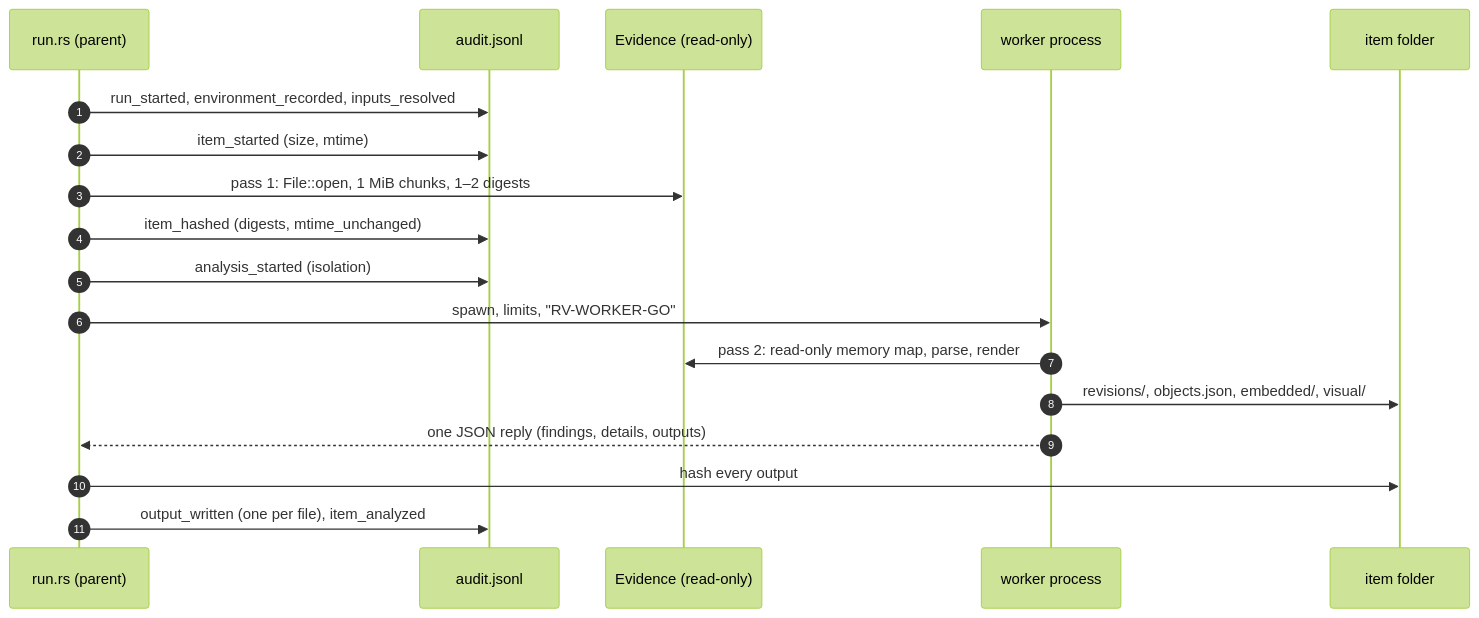
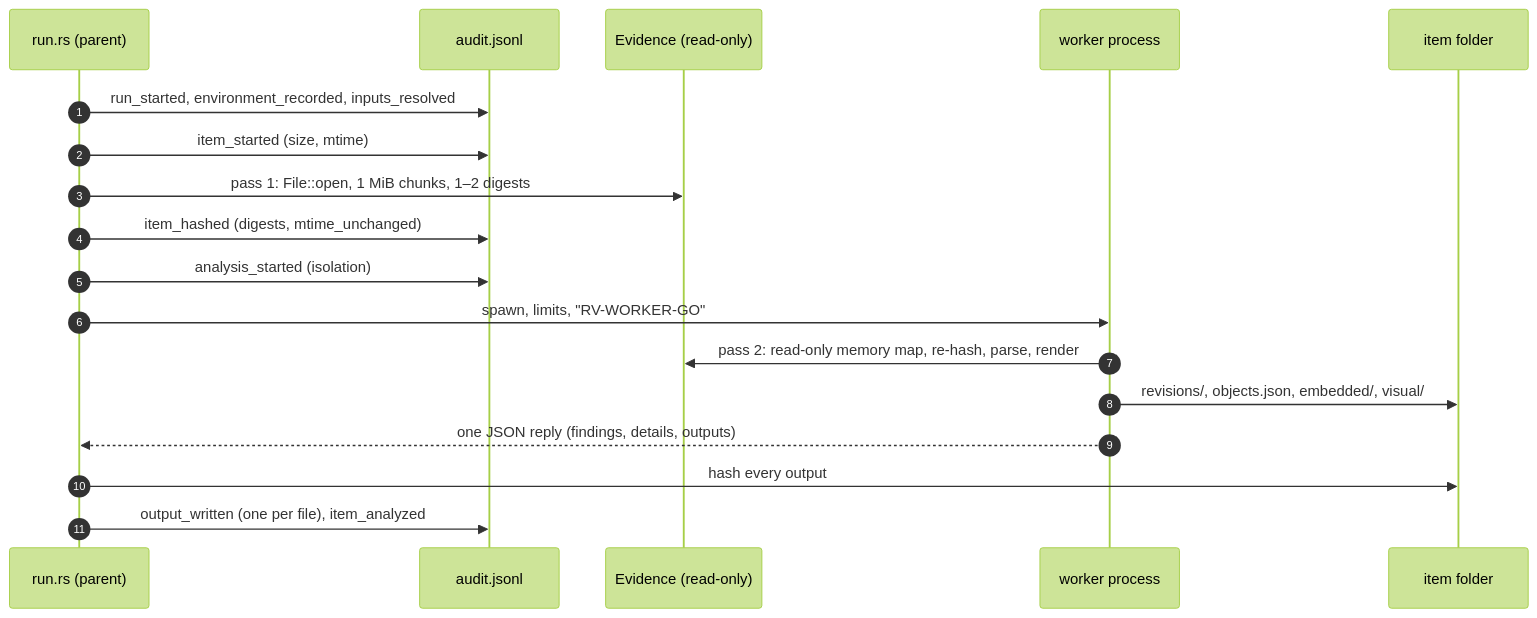
Before and after one commit to Panacota96/rv-pdfauth: the sixth of 16 diagrams in docs/theory.md, drawn with Mermaid (forest theme). The commit also changed other lines of this file and 12 other files, not shown here.

````diff
--- a/docs/theory.md
+++ b/docs/theory.md
@@ -278,20 +278,20 @@
 ```mermaid
 sequenceDiagram
     autonumber
     participant R as run.rs (parent)
     participant A as audit.jsonl
     participant E as Evidence (read-only)
     participant W as worker process
     participant O as item folder
     R->>A: run_started, environment_recorded, inputs_resolved
     R->>A: item_started (size, mtime)
     R->>E: pass 1: File::open, 1 MiB chunks, 1–2 digests
     R->>A: item_hashed (digests, mtime_unchanged)
     R->>A: analysis_started (isolation)
     R->>W: spawn, limits, "RV-WORKER-GO"
-    W->>E: pass 2: read-only memory map, parse, render
+    W->>E: pass 2: read-only memory map, re-hash, parse, render
     W->>O: revisions/, objects.json, embedded/, visual/
     W-->>R: one JSON reply (findings, details, outputs)
     R->>O: hash every output
     R->>A: output_written (one per file), item_analyzed
 ```
````
